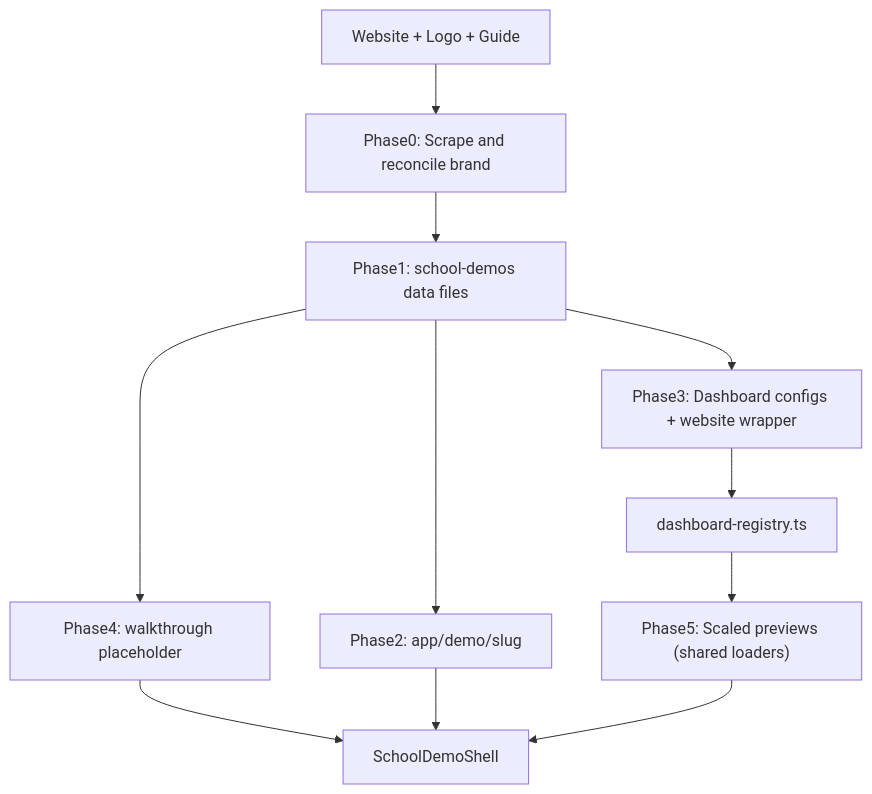
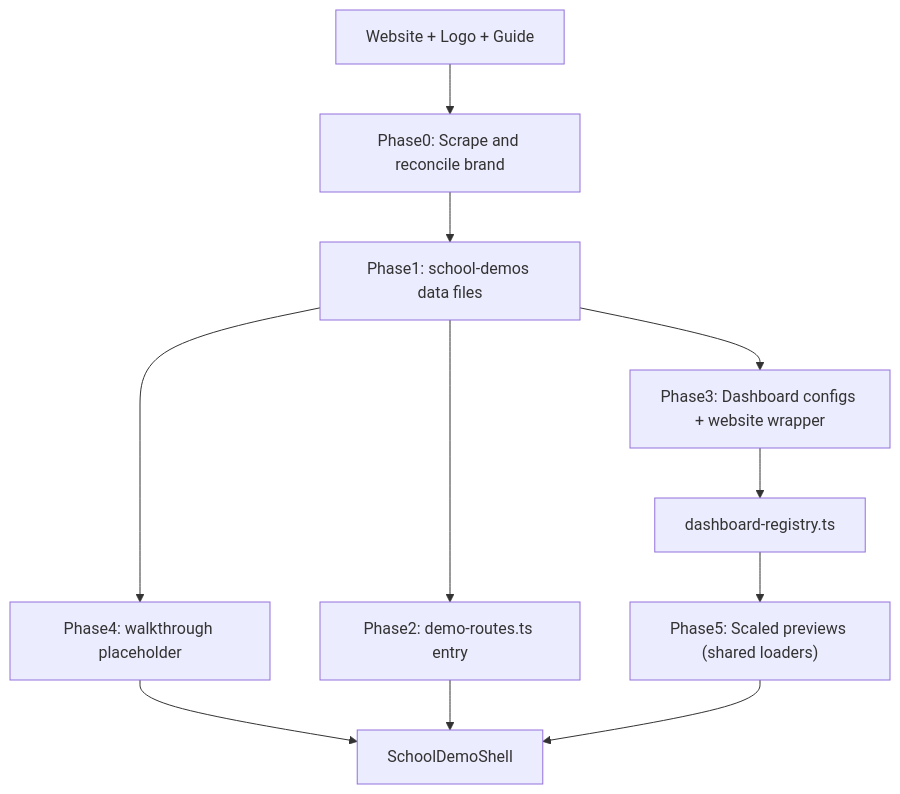
The diagram in .cursor/skills/school-demo-builder/SKILL.md (SageDevelopmentCode/schoolstack_landing), drawn with Mermaid before and after one commit. The commit also changed other lines of this file and 180 other files, not shown here.

First line of the commit message:
Serve all school demos from one /demo/[slug] route

````diff
--- a/.cursor/skills/school-demo-builder/SKILL.md
+++ b/.cursor/skills/school-demo-builder/SKILL.md
@@ -31,13 +31,13 @@
 ```mermaid
 flowchart TD
   Inputs["Website + Logo + Guide"] --> Research["Phase0: Scrape and reconcile brand"]
   Research --> Data["Phase1: school-demos data files"]
-  Data --> Route["Phase2: app/demo/slug"]
+  Data --> Route["Phase2: demo-routes.ts entry"]
   Data --> Components["Phase3: Dashboard configs + website wrapper"]
   Components --> Registry["dashboard-registry.ts"]
   Data --> Walkthrough["Phase4: walkthrough placeholder"]
   Registry --> Scaled["Phase5: Scaled previews (shared loaders)"]
   Walkthrough --> Shell["SchoolDemoShell"]
   Route --> Shell
   Scaled --> Shell
 ```
````
